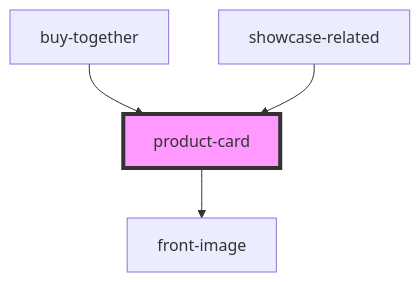
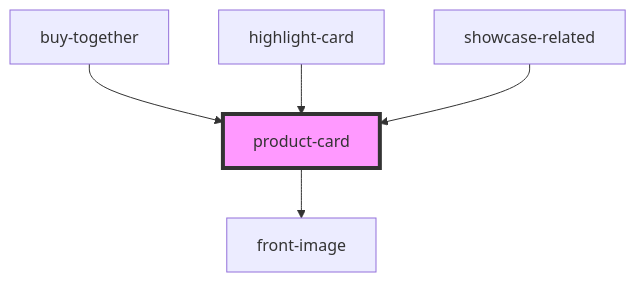
The diagram in src/components/ui/product-card/readme.md (commerce-suite/storefront-components), drawn with Mermaid before and after one commit. The commit also changed other lines of this file and 9 other files, not shown here.

````diff
--- a/src/components/ui/product-card/readme.md
+++ b/src/components/ui/product-card/readme.md
@@ -28,7 +29,8 @@
 ```mermaid
 graph TD;
   product-card --> front-image
   buy-together --> product-card
+  highlight-card --> product-card
   showcase-related --> product-card
   style product-card fill:#f9f,stroke:#333,stroke-width:4px
 ```
````
